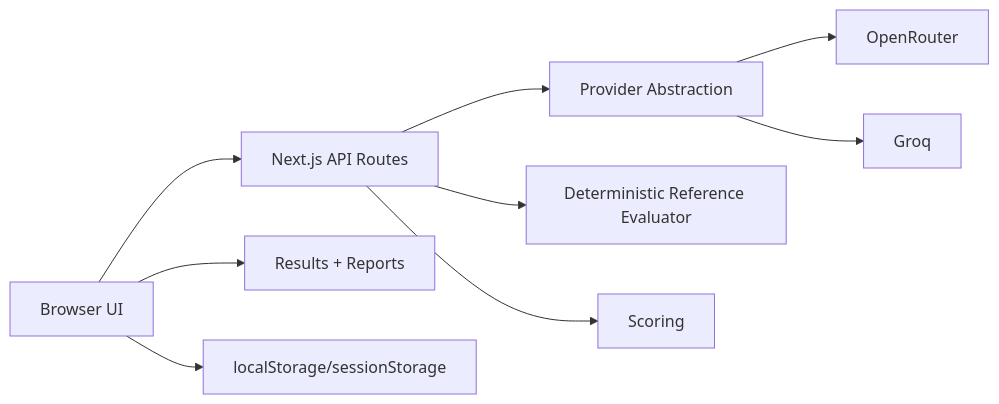
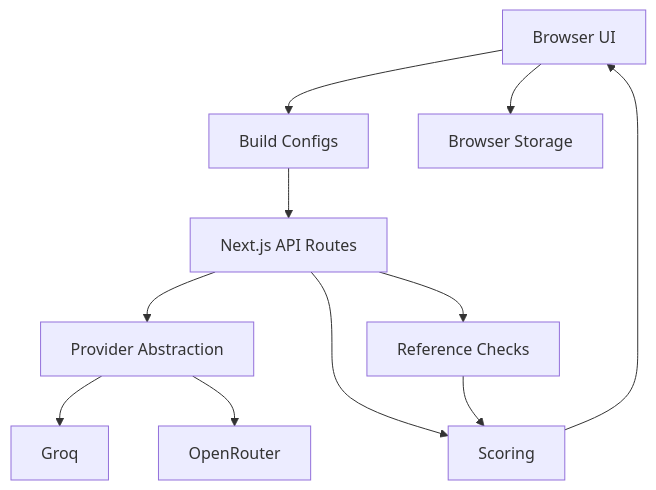
Before and after one commit to omaewamoushindei/llm-workflow-benchmark-lab: the first of 2 diagrams in docs/ARCHITECTURE.md, drawn with Mermaid. The commit also changed other lines of this file and 7 other files, not shown here.

````diff
--- a/docs/ARCHITECTURE.md
+++ b/docs/ARCHITECTURE.md
@@ -7,12 +7,13 @@
 ```mermaid
-flowchart LR
-  UI[Browser UI] --> Routes[Next.js API Routes]
+flowchart TD
+  UI[Browser UI] --> Configs[Build Configs]
+  Configs --> Routes[Next.js API Routes]
   Routes --> Providers[Provider Abstraction]
+  Providers --> Groq[Groq]
   Providers --> OpenRouter[OpenRouter]
-  Providers --> Groq[Groq]
-
-  Routes --> Reference[Deterministic Reference Evaluator]
+  Routes --> Reference[Reference Checks]
   Routes --> Scoring[Scoring]
-  UI --> Reports[Results + Reports]
-  UI --> Storage[localStorage/sessionStorage]
+  Reference --> Scoring
+  Scoring --> UI
+  UI --> Storage[Browser Storage]
 ```
````
